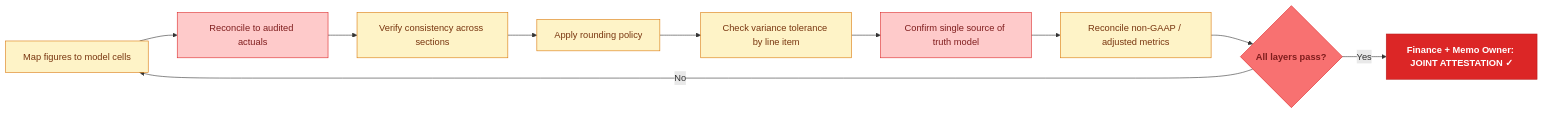
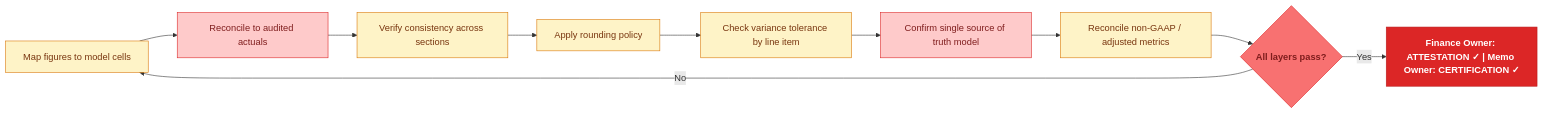
One commit to mrchanpark/IC-Memo-Flow-Chart-V2 changed the eighth of 17 diagrams in README.md. Above: the diagram before and after it, drawn with Mermaid. The commit also changed other lines of this file and 2 other files, not shown here.

````diff
--- a/README.md
+++ b/README.md
@@ -212,16 +212,16 @@
 ```mermaid
 flowchart LR
   A["Map figures to model cells"]:::yel --> B["Reconcile to audited actuals"]:::red
   B --> C["Verify consistency across sections"]:::yel
   C --> R["Apply rounding policy"]:::yel
   R --> V["Check variance tolerance by line item"]:::yel
   V --> S["Confirm single source of truth model"]:::red
   S --> N["Reconcile non-GAAP / adjusted metrics"]:::yel
   N --> D{"All layers pass?"}:::redD
   D -- No --> A
-  D -- Yes --> E["Finance + Memo Owner: JOINT ATTESTATION ✓"]:::redM
+  D -- Yes --> E["Finance Owner: ATTESTATION ✓ | Memo Owner: CERTIFICATION ✓"]:::redM
   classDef red fill:#fecaca,stroke:#dc2626,color:#7f1d1d
   classDef yel fill:#fef3c7,stroke:#d97706,color:#78350f
   classDef redD fill:#f87171,stroke:#dc2626,color:#7f1d1d,font-weight:700
   classDef redM fill:#dc2626,stroke:#b91c1c,color:#fff,font-weight:700
 ```
````
